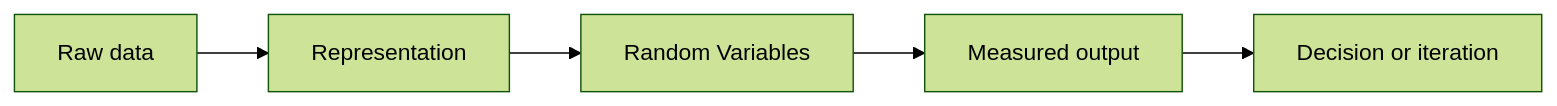
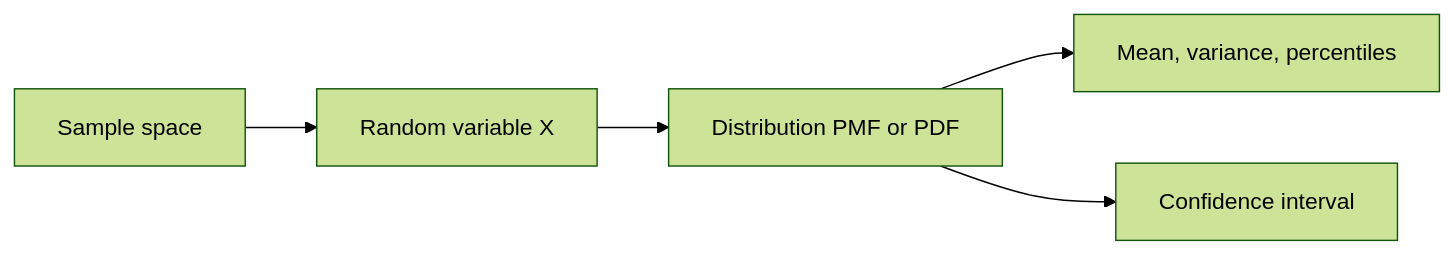
Before and after one commit to Icon1cc/Machine-Learning: the diagram in statistics/02-random-variables.md, drawn with Mermaid (forest theme). The commit also changed other lines of this file and 264 other files, not shown here.

````diff
--- a/statistics/02-random-variables.md
+++ b/statistics/02-random-variables.md
@@ -92,7 +55,7 @@
 ```mermaid
 flowchart LR
-    A[Raw data] --> B[Representation]
-    B --> C[Random Variables]
-    C --> D[Measured output]
-    D --> E[Decision or iteration]
+    Ω[Sample space] --> X[Random variable X]
+    X --> D[Distribution PMF or PDF]
+    D --> M[Mean, variance, percentiles]
+    D --> CI[Confidence interval]
 ```
````
